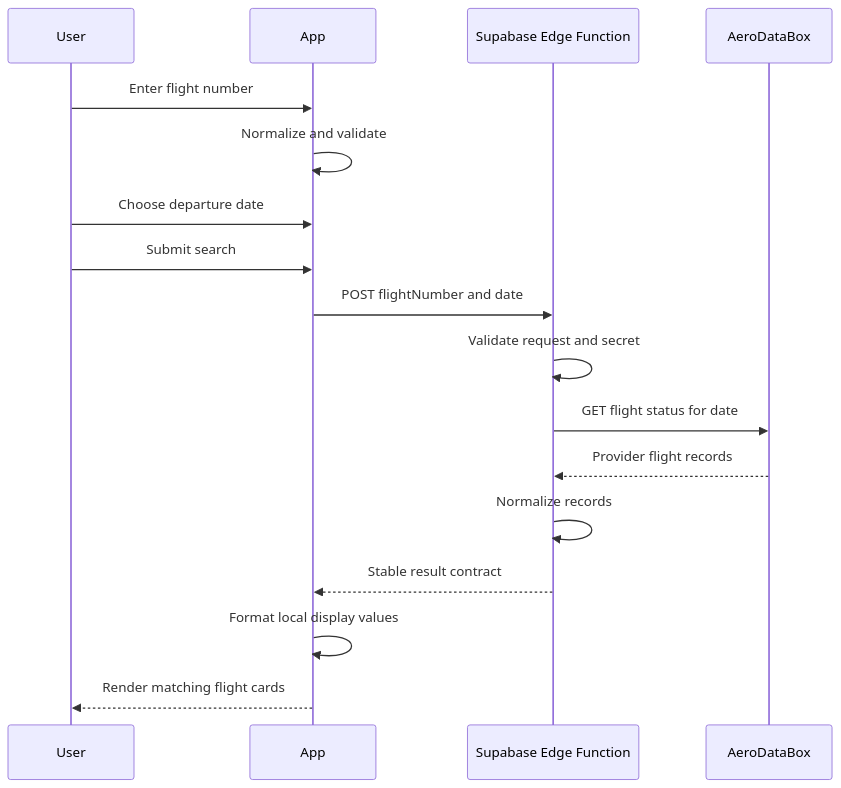
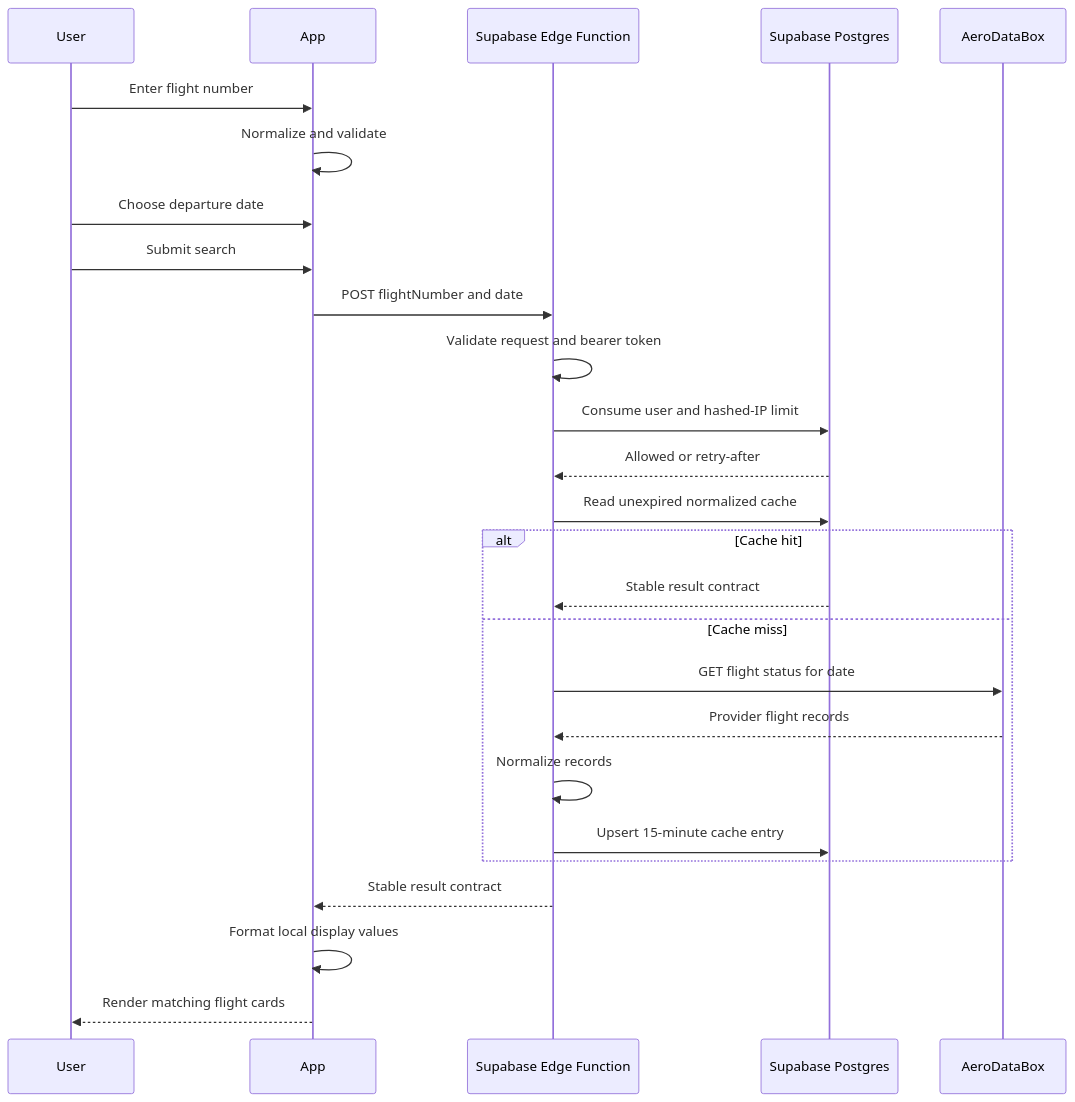
The second of 3 diagrams in docs/DESIGN.md (jacekasen/flight-tracker), drawn with Mermaid before and after one commit. The commit also changed other lines of this file and 17 other files, not shown here.

````diff
--- a/docs/DESIGN.md
+++ b/docs/DESIGN.md
@@ -188,20 +204,29 @@
 ```mermaid
 sequenceDiagram
   participant User
   participant App
   participant Edge as Supabase Edge Function
+  participant DB as Supabase Postgres
   participant API as AeroDataBox
 
   User->>App: Enter flight number
   App->>App: Normalize and validate
   User->>App: Choose departure date
   User->>App: Submit search
   App->>Edge: POST flightNumber and date
-  Edge->>Edge: Validate request and secret
-  Edge->>API: GET flight status for date
-  API-->>Edge: Provider flight records
-  Edge->>Edge: Normalize records
+  Edge->>Edge: Validate request and bearer token
+  Edge->>DB: Consume user and hashed-IP limit
+  DB-->>Edge: Allowed or retry-after
+  Edge->>DB: Read unexpired normalized cache
+  alt Cache hit
+    DB-->>Edge: Stable result contract
+  else Cache miss
+    Edge->>API: GET flight status for date
+    API-->>Edge: Provider flight records
+    Edge->>Edge: Normalize records
+    Edge->>DB: Upsert 15-minute cache entry
+  end
   Edge-->>App: Stable result contract
   App->>App: Format local display values
   App-->>User: Render matching flight cards
 ```
````
